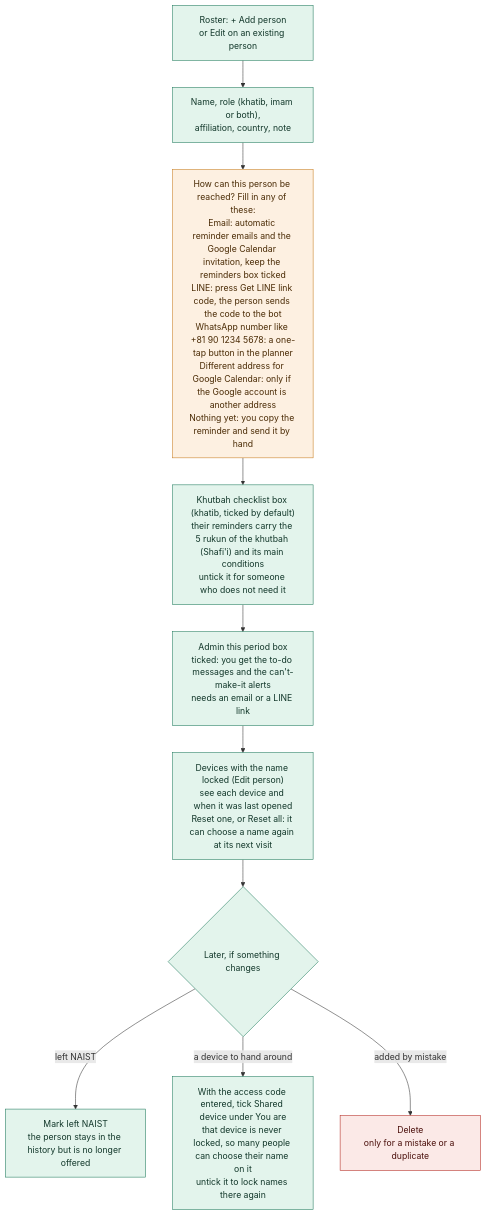
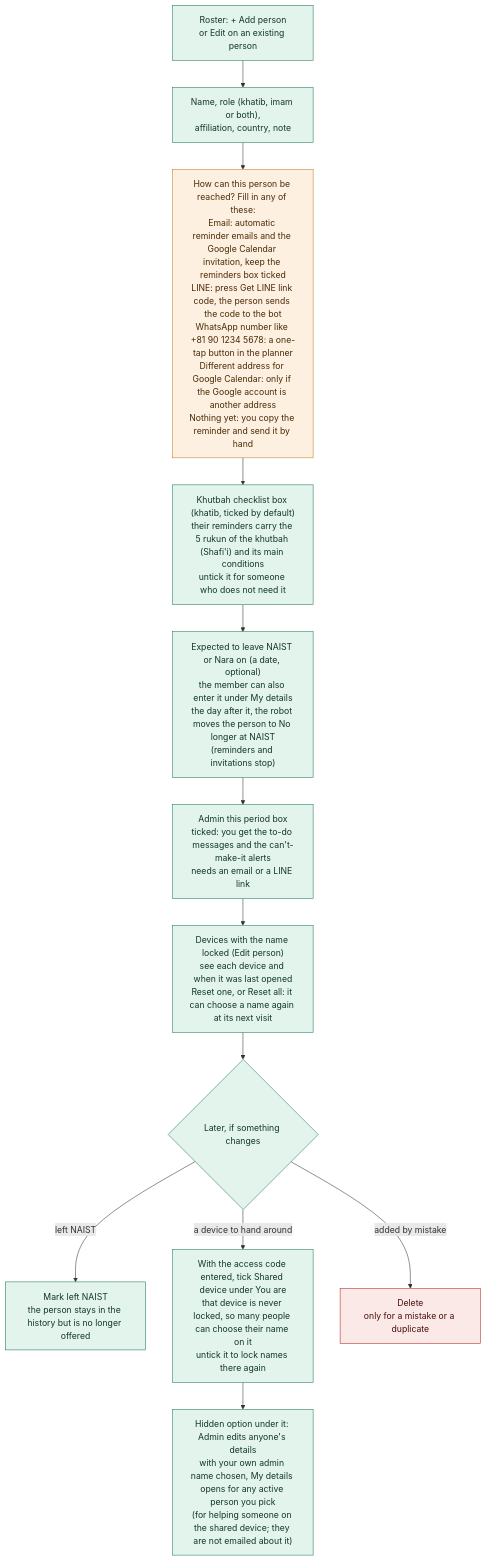
One commit to mushaffarasyidridha/Jumat-Scheduler-NAIST changed the diagram in public/flows/admin-roster.mmd. Above: the diagram before and after it, drawn with Mermaid. The commit also changed 21 other files, not shown here.

First line of the commit message:
Admin edits anyone on a shared device, leaving dates, monthly schedule (#57)

```diff
--- a/public/flows/admin-roster.mmd
+++ b/public/flows/admin-roster.mmd
@@ -1,17 +1,19 @@
 flowchart TD
   A["Roster: + Add person<br/>or Edit on an existing person"] --> B["Name, role (khatib, imam or both),<br/>affiliation, country, note"]
   B --> C["How can this person be reached? Fill in any of these:<br/>Email: automatic reminder emails and the Google Calendar invitation, keep the reminders box ticked<br/>LINE: press Get LINE link code, the person sends the code to the bot<br/>WhatsApp number like +81 90 1234 5678: a one-tap button in the planner<br/>Different address for Google Calendar: only if the Google account is another address<br/>Nothing yet: you copy the reminder and send it by hand"]
   C --> K["Khutbah checklist box (khatib, ticked by default)<br/>their reminders carry the 5 rukun of the khutbah (Shafi'i) and its main conditions<br/>untick it for someone who does not need it"]
-  K --> D["Admin this period box<br/>ticked: you get the to-do messages and the can't-make-it alerts<br/>needs an email or a LINE link"]
+  K --> L["Expected to leave NAIST or Nara on (a date, optional)<br/>the member can also enter it under My details<br/>the day after it, the robot moves the person to No longer at NAIST<br/>(reminders and invitations stop)"]
+  L --> D["Admin this period box<br/>ticked: you get the to-do messages and the can't-make-it alerts<br/>needs an email or a LINE link"]
   D --> H["Devices with the name locked (Edit person)<br/>see each device and when it was last opened<br/>Reset one, or Reset all: it can choose a name again at its next visit"]
   H --> G{"Later, if something changes"}
   G -->|"left NAIST"| E["Mark left NAIST<br/>the person stays in the history but is no longer offered"]
   G -->|"a device to hand around"| I["With the access code entered, tick Shared device under You are<br/>that device is never locked, so many people can choose their name on it<br/>untick it to lock names there again"]
+  I --> N["Hidden option under it: Admin edits anyone's details<br/>with your own admin name chosen, My details opens for any active person you pick<br/>(for helping someone on the shared device; they are not emailed about it)"]
   G -->|"added by mistake"| F["Delete<br/>only for a mistake or a duplicate"]
 
   classDef admin fill:#e3f4ec,stroke:#1f7a5c,color:#12372a
   classDef out fill:#fdf0e1,stroke:#c77b1c,color:#4a2b05
   classDef warn fill:#fbe9e7,stroke:#b3261e,color:#4a0f0b
-  class A,B,D,E,G,H,I,K admin
+  class A,B,D,E,G,H,I,K,L,N admin
   class C out
   class F warn
```
